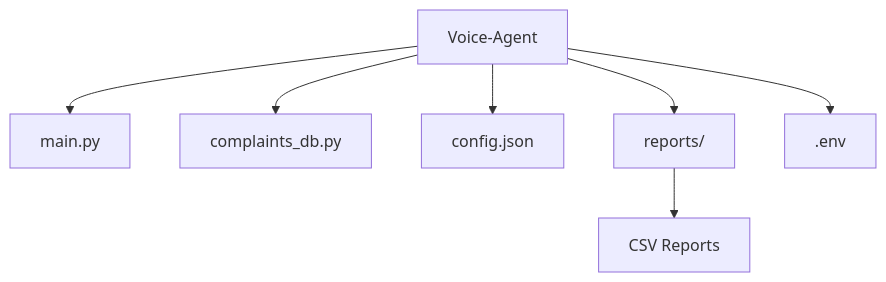
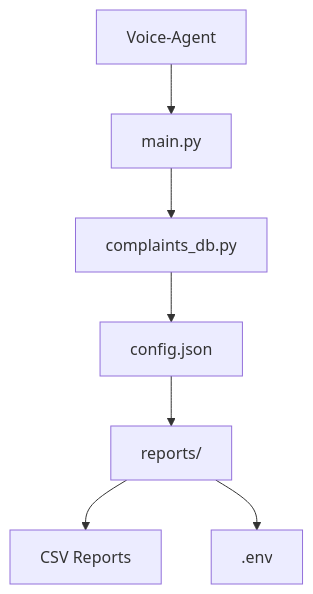
The second of 2 diagrams in README.md (aks-hit/Customer_Support_Voice_agent), drawn with Mermaid before and after one commit. The commit also changed other lines of this file, not shown here.

````diff
--- a/README.md
+++ b/README.md
@@ -44,9 +44,9 @@
 ```mermaid
 flowchart TD
     A[Voice-Agent] --> B[main.py]
-    A --> C[complaints_db.py]
-    A --> D[config.json]
-    A --> F[reports/]
+    B --> C[complaints_db.py]
+    C --> D[config.json]
+    D --> F[reports/]
     F --> F1[CSV Reports]
-    A --> H[.env]
+    F --> H[.env]
 ```
````
